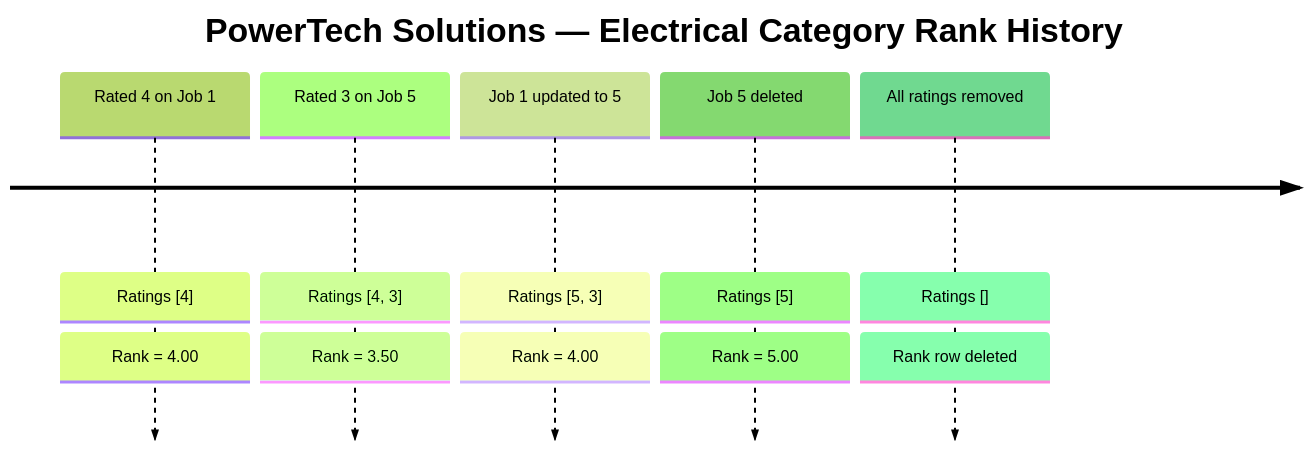
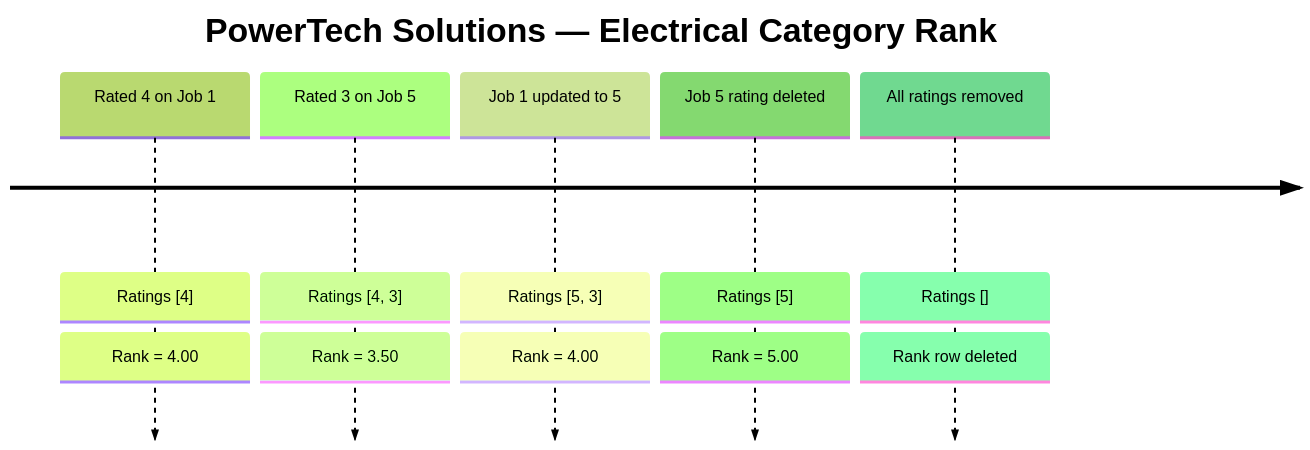
One commit to mrsingh-rishi/recommendation-system changed the sixth of 8 diagrams in README.md. Above: the diagram before and after it, drawn with Mermaid (forest theme). The commit also changed other lines of this file, not shown here.

Commit message:
docs: restructure README for improved clarity and organization, update project architecture and API design sections

````diff
--- a/README.md
+++ b/README.md
@@ -253,9 +342,9 @@
 ```mermaid
 timeline
-    title PowerTech Solutions — Electrical Category Rank History
-    Rated 4 on Job 1   : Ratings [4]    : Rank = 4.00
-    Rated 3 on Job 5   : Ratings [4, 3] : Rank = 3.50
-    Job 1 updated to 5 : Ratings [5, 3] : Rank = 4.00
-    Job 5 deleted      : Ratings [5]    : Rank = 5.00
-    All ratings removed: Ratings []     : Rank row deleted
+    title PowerTech Solutions — Electrical Category Rank
+    Rated 4 on Job 1    : Ratings [4]       : Rank = 4.00
+    Rated 3 on Job 5    : Ratings [4, 3]    : Rank = 3.50
+    Job 1 updated to 5  : Ratings [5, 3]    : Rank = 4.00
+    Job 5 rating deleted : Ratings [5]      : Rank = 5.00
+    All ratings removed  : Ratings []       : Rank row deleted
 ```
````
